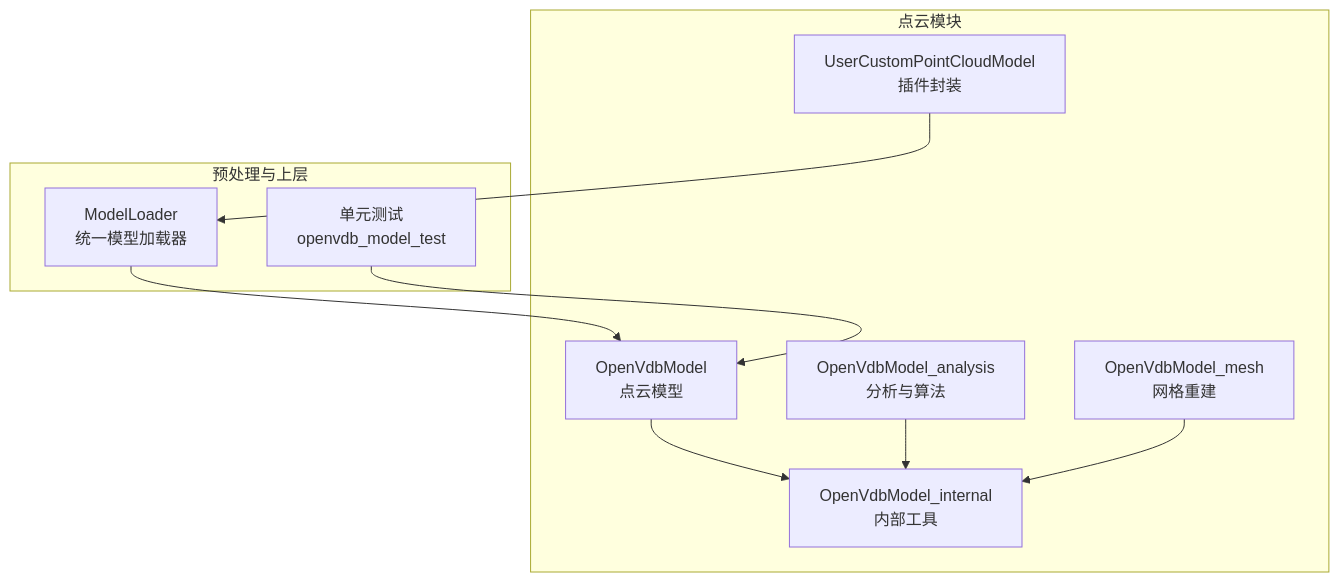
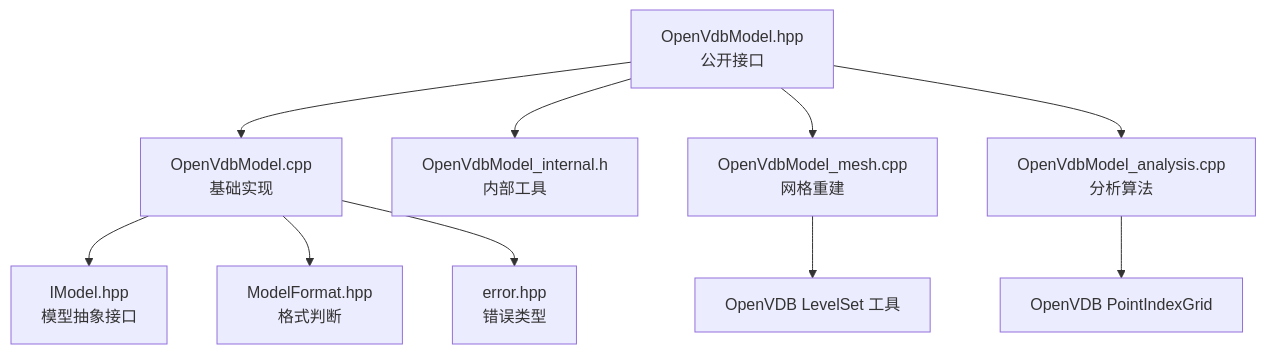
The first of 8 diagrams in .qoder/repowiki/zh/content/核心概念/模型抽象接口/点云模型实现.md (hsmbanlance/HsBaSlicer), drawn with Mermaid before and after one commit. The commit also changed other lines of this file and 1135 other files, not shown here.

````diff
--- a/.qoder/repowiki/zh/content/核心概念/模型抽象接口/点云模型实现.md
+++ b/.qoder/repowiki/zh/content/核心概念/模型抽象接口/点云模型实现.md
@@ -44,20 +39,12 @@
 ```mermaid
 graph TB
-subgraph "点云模块"
-OVM["OpenVdbModel<br/>点云模型"]
-OVA["OpenVdbModel_analysis<br/>分析与算法"]
-OVMesh["OpenVdbModel_mesh<br/>网格重建"]
-UCPM["UserCustomPointCloudModel<br/>插件封装"]
-Int["OpenVdbModel_internal<br/>内部工具"]
-end
-subgraph "预处理与上层"
-ML["ModelLoader<br/>统一模型加载器"]
-Tests["单元测试<br/>openvdb_model_test"]
-end
-OVM --> Int
-OVA --> Int
-OVMesh --> Int
-UCPM --> ML
-ML --> OVM
-Tests --> OVM
+A["OpenVdbModel.hpp<br/>公开接口"] --> B["OpenVdbModel.cpp<br/>基础实现"]
+A --> C["OpenVdbModel_internal.h<br/>内部工具"]
+A --> D["OpenVdbModel_mesh.cpp<br/>网格重建"]
+A --> E["OpenVdbModel_analysis.cpp<br/>分析算法"]
+B --> F["IModel.hpp<br/>模型抽象接口"]
+B --> G["ModelFormat.hpp<br/>格式判断"]
+B --> H["error.hpp<br/>错误类型"]
+D --> I["OpenVDB LevelSet 工具"]
+E --> J["OpenVDB PointIndexGrid"]
 ```
````
